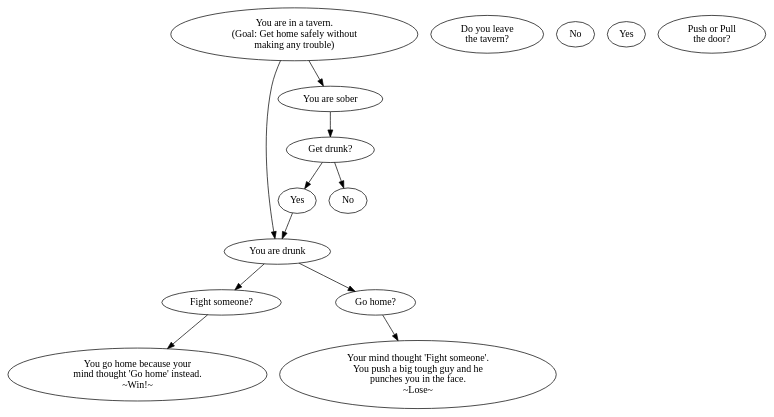
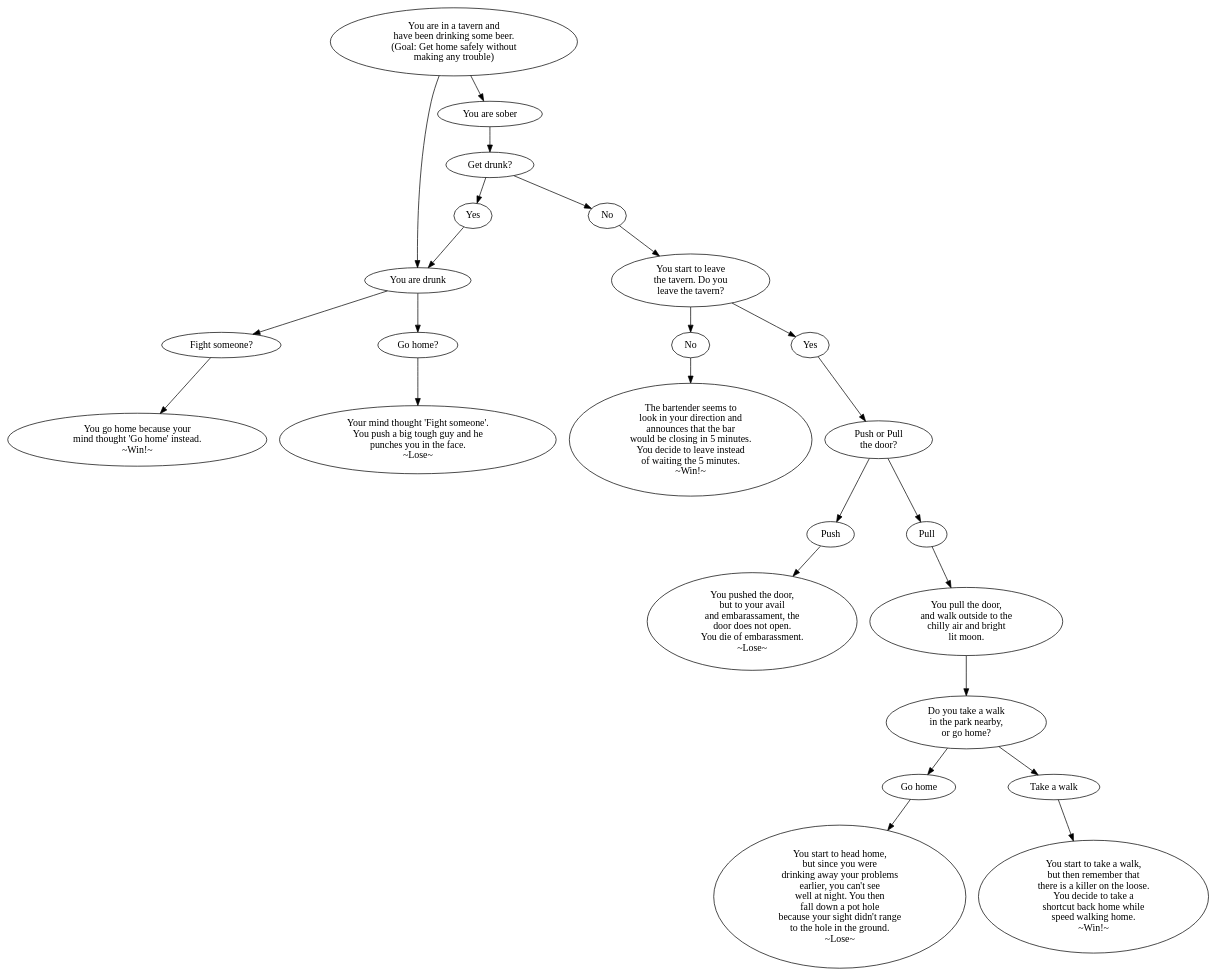
One commit to asimon9159/Simon_7_Journal changed the diagram in Simon_7_drunkgame.dot. Above: the diagram before and after it, drawn with Graphviz. The commit also changed 2 other files, not shown here.

```diff
--- a/Simon_7_drunkgame.dot
+++ b/Simon_7_drunkgame.dot
@@ -1,31 +1,53 @@
 digraph Simon_game {
 
-1 [label="You are in a tavern. \n (Goal: Get home safely without \n making any trouble)"]
+1 [label="You are in a tavern and \n have been drinking some beer. \n (Goal: Get home safely without \n making any trouble)"]
 2 [label="You are drunk"]
 3 [label="You are sober"]
 4 [label="Fight someone?"]
 5 [label="Go home?"]
 6 [label="You go home because your \n mind thought \'Go home'\ instead. \n ~Win!~"]
 7 [label="Your mind thought \'Fight someone'\. \n You push a big tough guy and he \n punches you in the face. \n ~Lose~"]
 8 [label="Get drunk?"]
 9 [label="Yes"]
 10 [label="No"]
-11 [label="Do you leave \n the tavern?"]
+11 [label="You start to leave \n the tavern. Do you \n leave the tavern?"]
 12 [label="No"]
 13 [label="Yes"]
 14 [label="Push or Pull \n the door?"]
+15 [label="Push"]
+16 [label="Pull"]
+17 [label="You pushed the door, \n but to your avail \n and embarassament, the \n door does not open. \n You die of embarassment. \n ~Lose~"]
+18 [label="You pull the door, \n and walk outside to the \n chilly air and bright \n lit moon."]
+19 [label="The bartender seems to \n look in your direction and \n announces that the bar \n would be closing in 5 minutes. \n You decide to leave instead \n of waiting the 5 minutes. \n ~Win!~"]
+20 [label="Do you take a walk \n in the park nearby, \n or go home?"]
+21 [label="Go home"]
+22 [label="Take a walk"]
+23 [label="You start to head home, \n but since you were \n drinking away your problems \n earlier, you can't see \n well at night. You then \n fall down a pot hole \n because your sight didn't range \n to the hole in the ground. \n ~Lose~"]
+24 [label="You start to take a walk, \n but then remember that \n there is a killer on the loose. \n You decide to take a \n shortcut back home while \n speed walking home. \n ~Win!~"]
 
 1 -> 2
 1 -> 3
 2 -> 4
 2 -> 5
 4 -> 6
 5 -> 7
 3 -> 8
 8 -> 9
 8 -> 10
 9 -> 2
-
-
+10 -> 11
+11 -> 12
+11 -> 13
+13 -> 14
+14 -> 15
+14 -> 16
+15 -> 17
+16 -> 18
+12 -> 19
+18 -> 20
+20 -> 21
+20 -> 22
+21 -> 23
+22 -> 24
 
 }
```
